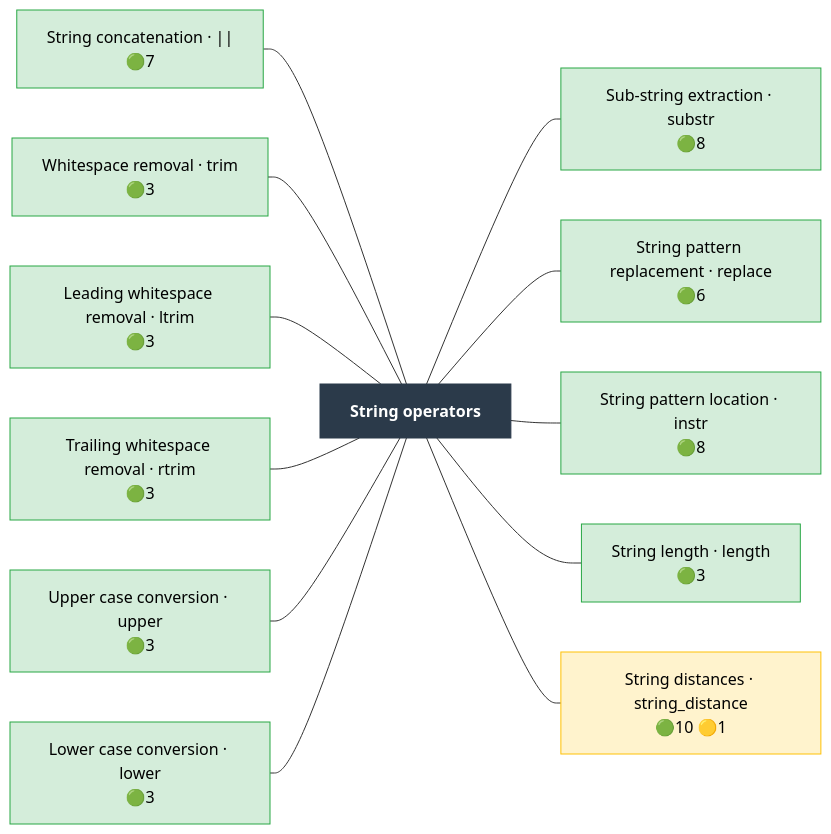
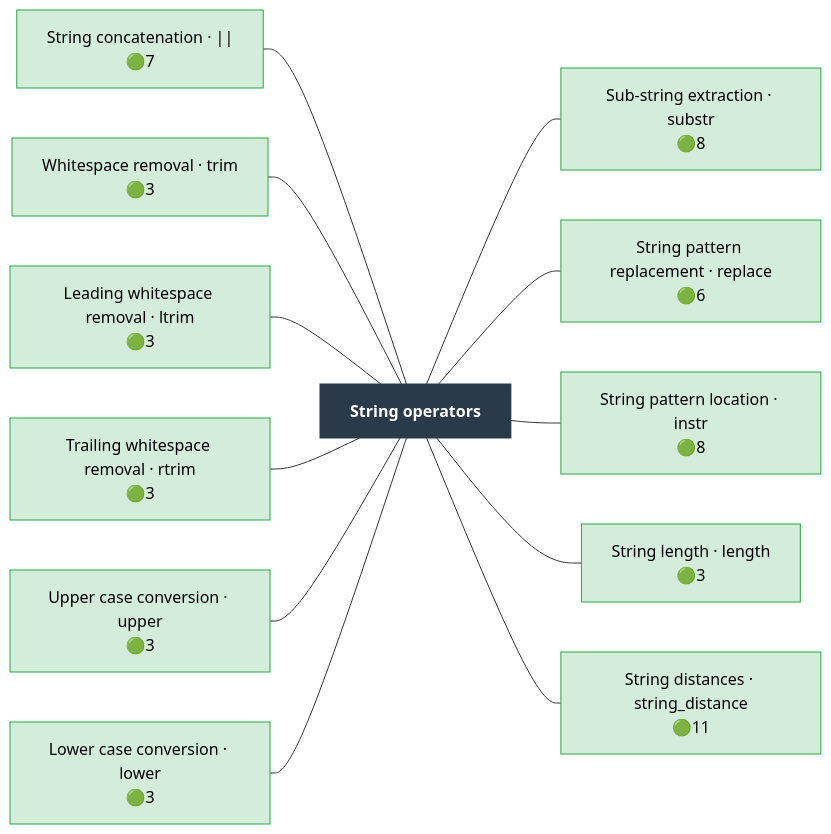
One commit to Meaningful-Data/vtlengine changed the diagram in docs/operator_map/string/index.rst. Above: the diagram before and after it, drawn with Mermaid. The commit also changed other lines of this file and 175 other files, not shown here.

```diff
--- a/docs/operator_map/string/index.rst
+++ b/docs/operator_map/string/index.rst
@@ -24,45 +24,45 @@
 .. mermaid::
    :config: {"flowchart": {"useMaxWidth": false}}
 
    flowchart LR
        classDef ok fill:#d4edda,stroke:#28a745,color:#000
        classDef partial fill:#fff3cd,stroke:#ffc107,color:#000
        classDef refused fill:#d4edda,stroke:#28a745,stroke-width:3px,stroke-dasharray: 2 2,color:#000
        classDef missing fill:#f8d7da,stroke:#dc3545,color:#000
        classDef diverge fill:#cce5ff,stroke:#007bff,color:#000
        classDef block fill:#2b3a4a,stroke:#2b3a4a,color:#fff,font-weight:bold
        classDef ext fill:#fff,stroke:#666,color:#000,stroke-dasharray: 5 5
        B["String operators"]:::block
        string__concat["String concatenation · #124;#124;<br/>🟢7"]:::ok
        string__trim["Whitespace removal · trim<br/>🟢3"]:::ok
        string__ltrim["Leading whitespace removal · ltrim<br/>🟢3"]:::ok
        string__rtrim["Trailing whitespace removal · rtrim<br/>🟢3"]:::ok
        string__upper["Upper case conversion · upper<br/>🟢3"]:::ok
        string__lower["Lower case conversion · lower<br/>🟢3"]:::ok
        string__substr["Sub-string extraction · substr<br/>🟢8"]:::ok
        string__replace["String pattern replacement · replace<br/>🟢6"]:::ok
        string__instr["String pattern location · instr<br/>🟢8"]:::ok
        string__length["String length · length<br/>🟢3"]:::ok
-       string__string_distance["String distances · string_distance<br/>🟢10 🟡1"]:::partial
+       string__string_distance["String distances · string_distance<br/>🟢11"]:::ok
        string__concat --- B
        string__trim --- B
        string__ltrim --- B
        string__rtrim --- B
        string__upper --- B
        string__lower --- B
        B --- string__substr
        B --- string__replace
        B --- string__instr
        B --- string__length
        B --- string__string_distance
        click string__concat href "concat.html"
        click string__trim href "trim.html"
        click string__ltrim href "ltrim.html"
        click string__rtrim href "rtrim.html"
        click string__upper href "upper.html"
        click string__lower href "lower.html"
        click string__substr href "substr.html"
        click string__replace href "replace.html"
        click string__instr href "instr.html"
        click string__length href "length.html"
        click string__string_distance href "string_distance.html"
```
